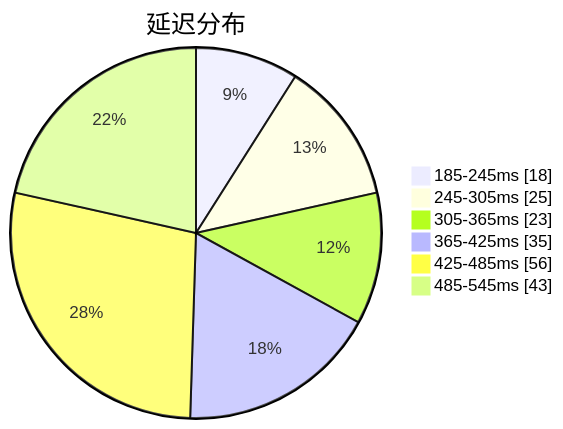
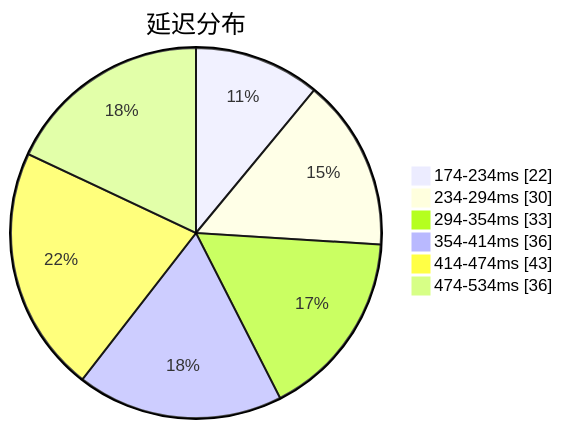
One commit to qjlxg/airport changed the first of 3 diagrams in subs/statistics/tested_within.md. Above: the diagram before and after it, drawn with Mermaid. The commit also changed other lines of this file and 2 other files, not shown here.

````diff
--- a/subs/statistics/tested_within.md
+++ b/subs/statistics/tested_within.md
@@ -2,10 +2,10 @@
 ```mermaid
 pie showData
 title 延迟分布
-"185-245ms" : 18
-"245-305ms" : 25
-"305-365ms" : 23
-"365-425ms" : 35
-"425-485ms" : 56
-"485-545ms" : 43
+"174-234ms" : 22
+"234-294ms" : 30
+"294-354ms" : 33
+"354-414ms" : 36
+"414-474ms" : 43
+"474-534ms" : 36
 ```
````
